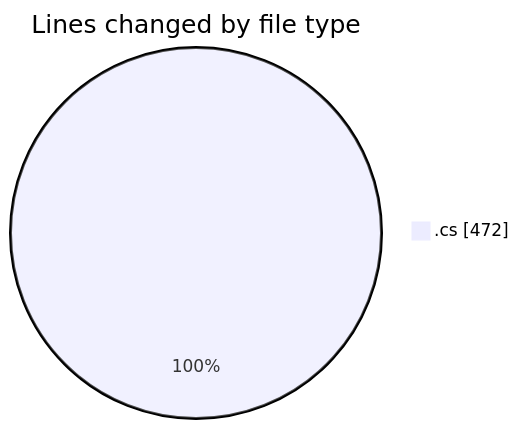
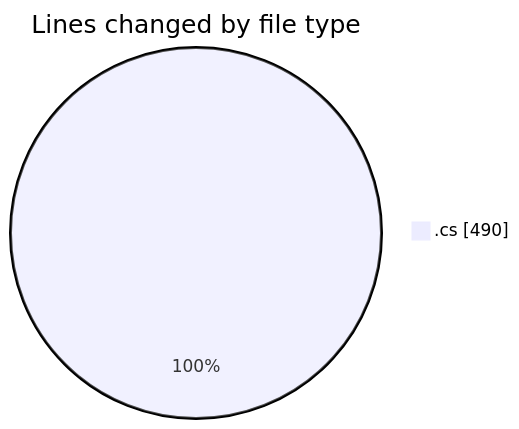
The first of 2 diagrams in 2025-03-21/back-end/README.md (Netris89/code-tracking), drawn with Mermaid before and after one commit. The commit also changed other lines of this file and 1 other file, not shown here.

````diff
--- a/2025-03-21/back-end/README.md
+++ b/2025-03-21/back-end/README.md
@@ -21,5 +21,5 @@
 ```mermaid
 pie showData
 title Lines changed by file type
-".cs" : 472
+".cs" : 490
 ```
````
